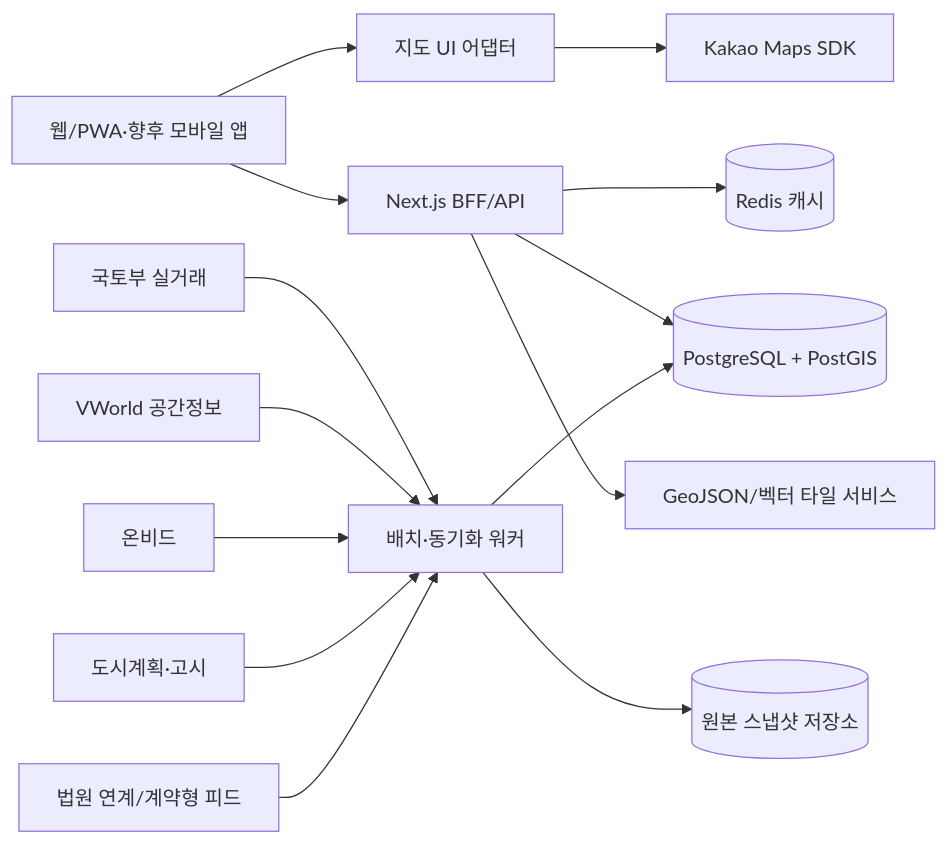
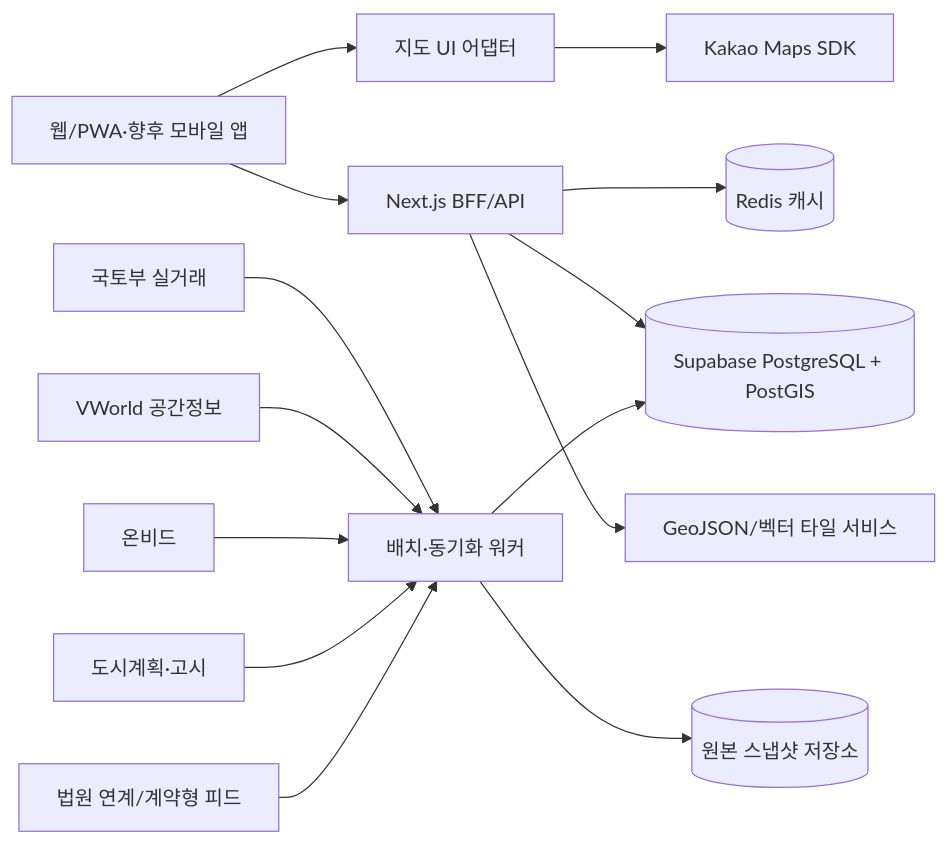
The diagram in docs/map-data-platform-implementation-plan.md (posiv-lab/landview), drawn with Mermaid before and after one commit. The commit also changed other lines of this file and 49 other files, not shown here.

````diff
--- a/docs/map-data-platform-implementation-plan.md
+++ b/docs/map-data-platform-implementation-plan.md
@@ -253,17 +253,17 @@
 ```mermaid
 flowchart LR
     U[웹/PWA·향후 모바일 앱] --> M[지도 UI 어댑터]
     U --> B[Next.js BFF/API]
     M --> K[Kakao Maps SDK]
     B --> C[(Redis 캐시)]
-    B --> D[(PostgreSQL + PostGIS)]
+    B --> D[(Supabase PostgreSQL + PostGIS)]
     B --> T[GeoJSON/벡터 타일 서비스]
 
     W[배치·동기화 워커] --> D
     W --> O[(원본 스냅샷 저장소)]
     R[국토부 실거래] --> W
     V[VWorld 공간정보] --> W
     N[온비드] --> W
     P[도시계획·고시] --> W
     A[법원 연계/계약형 피드] --> W
 ```
````
